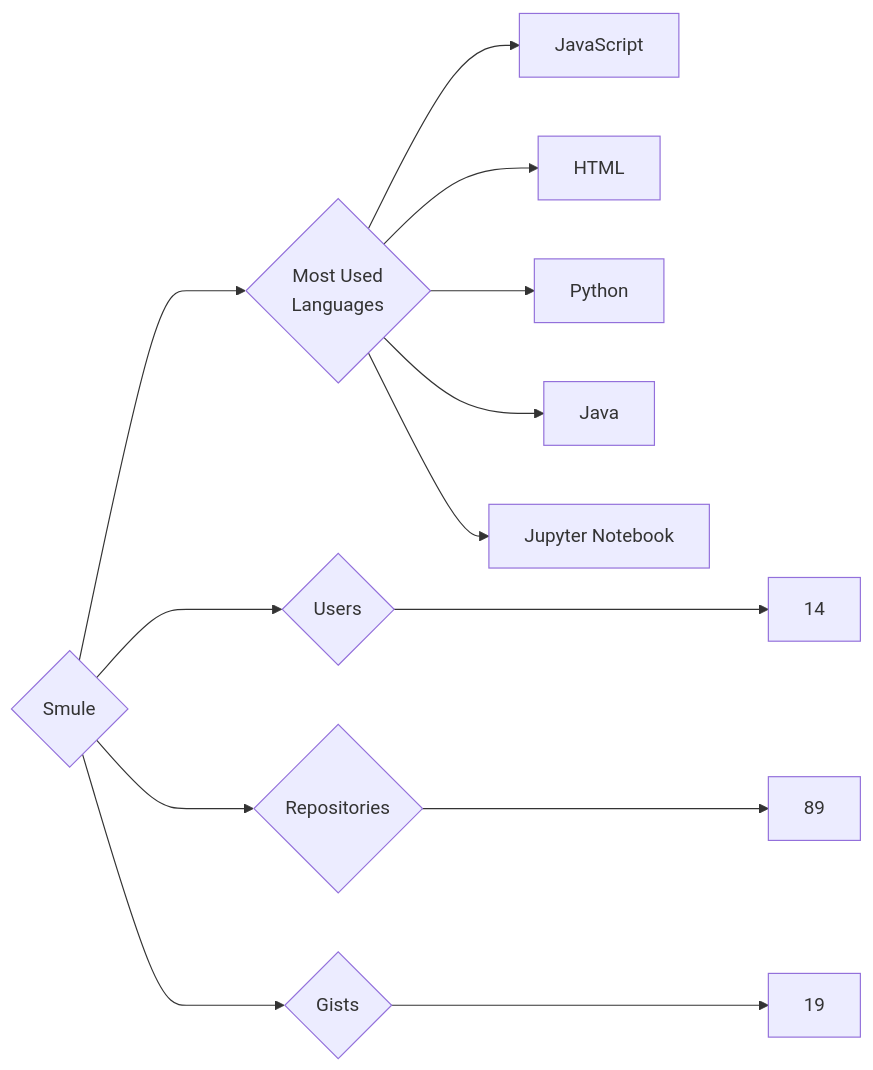
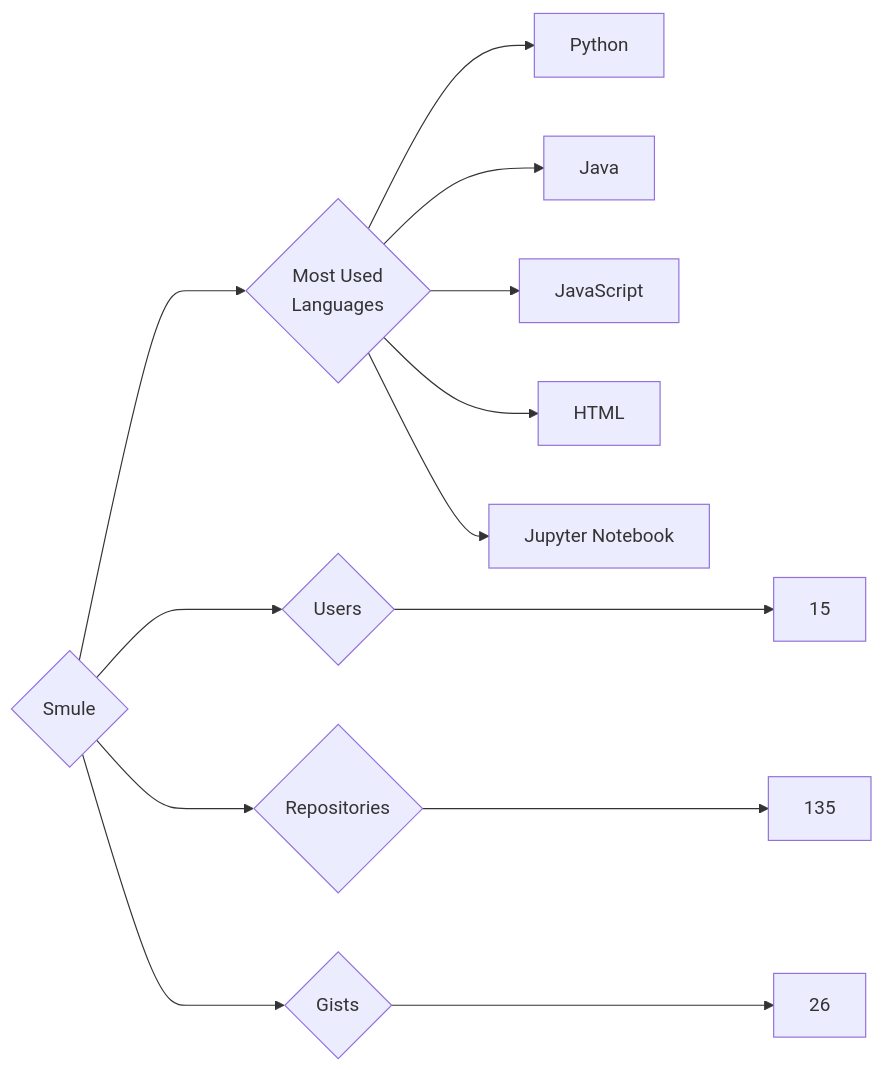
One commit to trickest/insiders changed the diagram in targets/Smule/README.md. Above: the diagram before and after it, drawn with Mermaid. The commit also changed 969 other files, not shown here.

````diff
--- a/targets/Smule/README.md
+++ b/targets/Smule/README.md
@@ -3,13 +3,13 @@
 ```mermaid
 graph LR
 COMPANY_NAME{Smule}
-COMPANY_NAME ---> U{Users} ---> UN[14]
-COMPANY_NAME ---> R{Repositories} ---> RN[89]
-COMPANY_NAME ---> G{Gists} ---> GN[19]
+COMPANY_NAME ---> U{Users} ---> UN[15]
+COMPANY_NAME ---> R{Repositories} ---> RN[135]
+COMPANY_NAME ---> G{Gists} ---> GN[26]
 COMPANY_NAME ---> ML{Most Used<br>Languages}
+ML --> Python[Python]
+ML --> Java[Java]
 ML --> JavaScript[JavaScript]
 ML --> HTML[HTML]
-ML --> Python[Python]
-ML --> Java[Java]
 ML --> Jupyter_Notebook[Jupyter Notebook]
 ```
````
